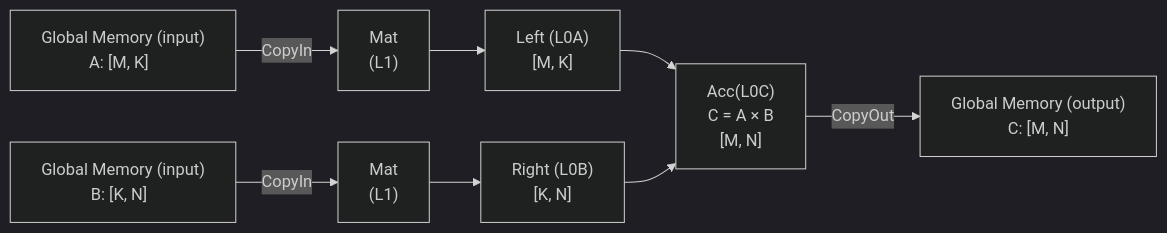
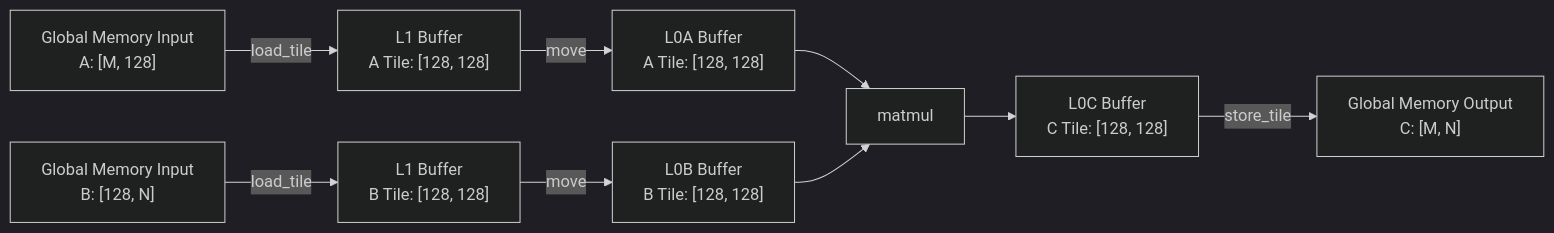
The diagram in docs/zh/guide/quick_start/pro/matmul_simd.md (hicann/pypto), drawn with Mermaid (dark theme) before and after one commit. The commit also changed other lines of this file and 3 other files, not shown here.

````diff
--- a/docs/zh/guide/quick_start/pro/matmul_simd.md
+++ b/docs/zh/guide/quick_start/pro/matmul_simd.md
@@ -69,14 +59,17 @@
 ```mermaid
 flowchart LR
-    GM_IN_A["Global Memory (input)<br/>A: [M, K] &nbsp;"]
-    GM_IN_B["Global Memory (input)<br/>B: [K, N] &nbsp;"]
-    GM_IN_A -->|CopyIn| MAT_A["Mat<br/>(L1)"]
-    GM_IN_B -->|CopyIn| MAT_B["Mat<br/>(L1)"]
-    MAT_A --> LEFT["Left (L0A)<br/> [M, K]"]
-    MAT_B --> RIGHT["Right (L0B)<br/> [K, N]"]
+    GM_INPUT_A["Global Memory Input<br/>A: [M, 128]"]
+    GM_INPUT_B["Global Memory Input<br/>B: [128, N]"]
 
-    LEFT --> ACC["Acc(L0C)<br/>C = A &times; B<br/>[M, N]"]
-    RIGHT --> ACC
+    GM_INPUT_A -->|load_tile| L1_A_BUFFER["L1 Buffer<br/>A Tile: [128, 128]"]
+    GM_INPUT_B -->|load_tile| L1_B_BUFFER["L1 Buffer<br/>B Tile: [128, 128]"]
 
-    ACC -->|CopyOut| GM_OUT["Global Memory (output)<br/>C: [M, N]"]
+    L1_A_BUFFER -->|move| L0A_BUFFER["L0A Buffer<br/>A Tile: [128, 128]"]
+    L1_B_BUFFER -->|move| L0B_BUFFER["L0B Buffer<br/>B Tile: [128, 128]"]
+
+    L0A_BUFFER --> MATMUL_OPERATION["matmul"]
+    L0B_BUFFER --> MATMUL_OPERATION
+    MATMUL_OPERATION --> L0C_BUFFER["L0C Buffer<br/>C Tile: [128, 128]"]
+
+    L0C_BUFFER -->|store_tile| GM_OUTPUT["Global Memory Output<br/>C: [M, N]"]
 ```
````
